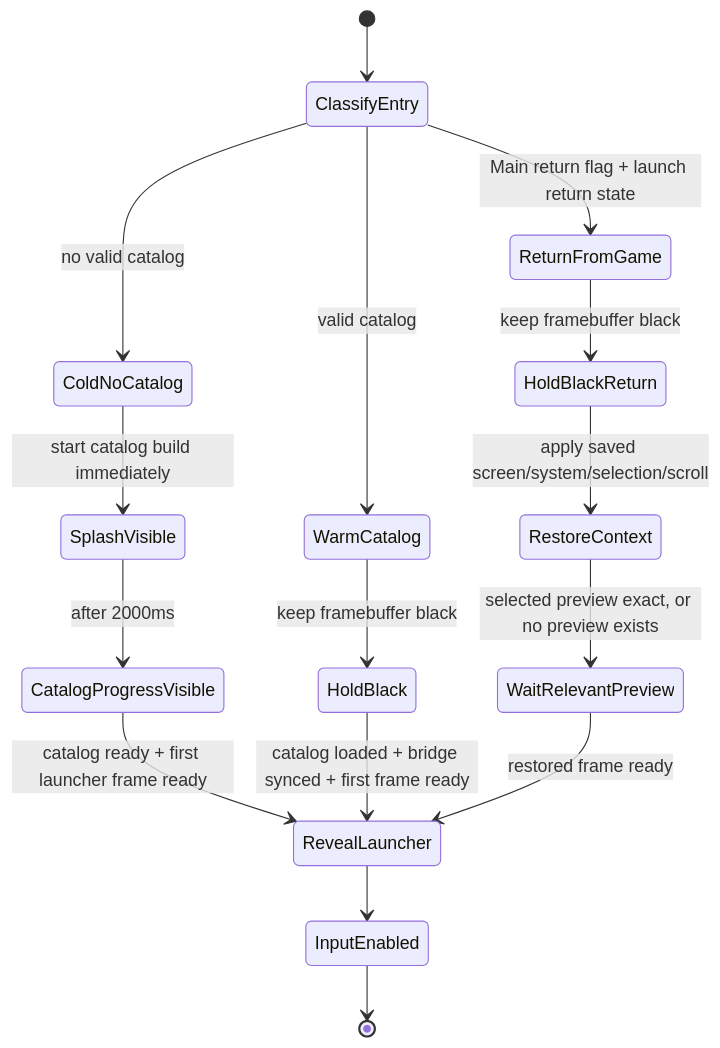
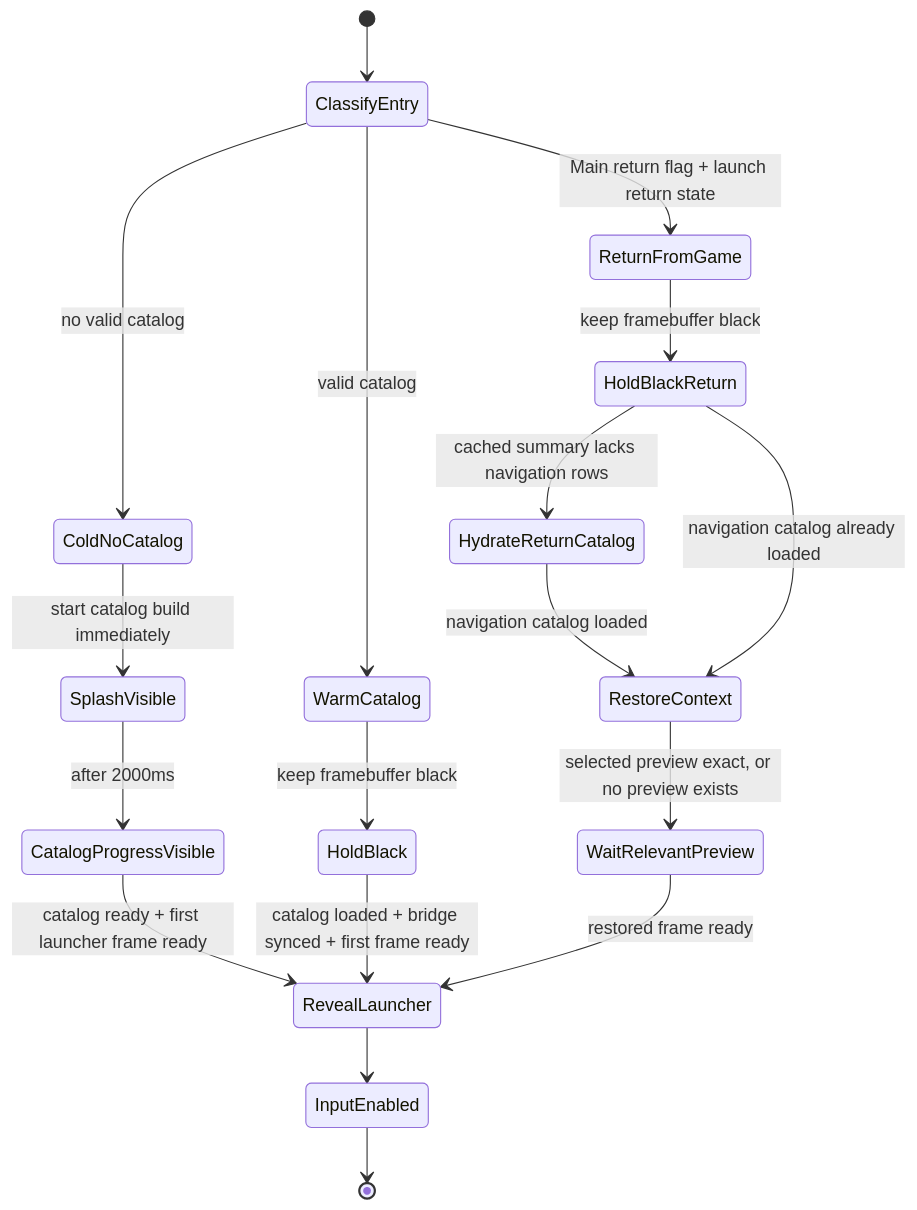
The second of 3 diagrams in docs/architecture.md (NigelBreslaw/MiSTer-MagiK), drawn with Mermaid before and after one commit. The commit also changed other lines of this file and 2 other files, not shown here.

Commit message:
Speed up return launcher reveal

````diff
--- a/docs/architecture.md
+++ b/docs/architecture.md
@@ -136,23 +136,25 @@
 ```mermaid
 stateDiagram-v2
     [*] --> ClassifyEntry
 
     ClassifyEntry --> ColdNoCatalog: no valid catalog
     ClassifyEntry --> WarmCatalog: valid catalog
     ClassifyEntry --> ReturnFromGame: Main return flag + launch return state
 
     ColdNoCatalog --> SplashVisible: start catalog build immediately
     SplashVisible --> CatalogProgressVisible: after 2000ms
     CatalogProgressVisible --> RevealLauncher: catalog ready + first launcher frame ready
 
     WarmCatalog --> HoldBlack: keep framebuffer black
     HoldBlack --> RevealLauncher: catalog loaded + bridge synced + first frame ready
 
     ReturnFromGame --> HoldBlackReturn: keep framebuffer black
-    HoldBlackReturn --> RestoreContext: apply saved screen/system/selection/scroll
+    HoldBlackReturn --> HydrateReturnCatalog: cached summary lacks navigation rows
+    HydrateReturnCatalog --> RestoreContext: navigation catalog loaded
+    HoldBlackReturn --> RestoreContext: navigation catalog already loaded
     RestoreContext --> WaitRelevantPreview: selected preview exact, or no preview exists
     WaitRelevantPreview --> RevealLauncher: restored frame ready
 
     RevealLauncher --> InputEnabled
     InputEnabled --> [*]
 ```
````
